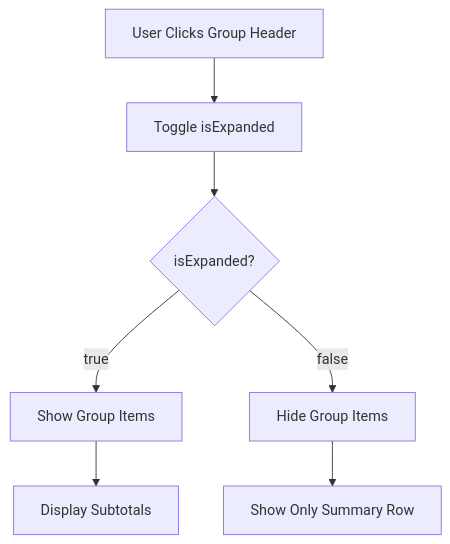
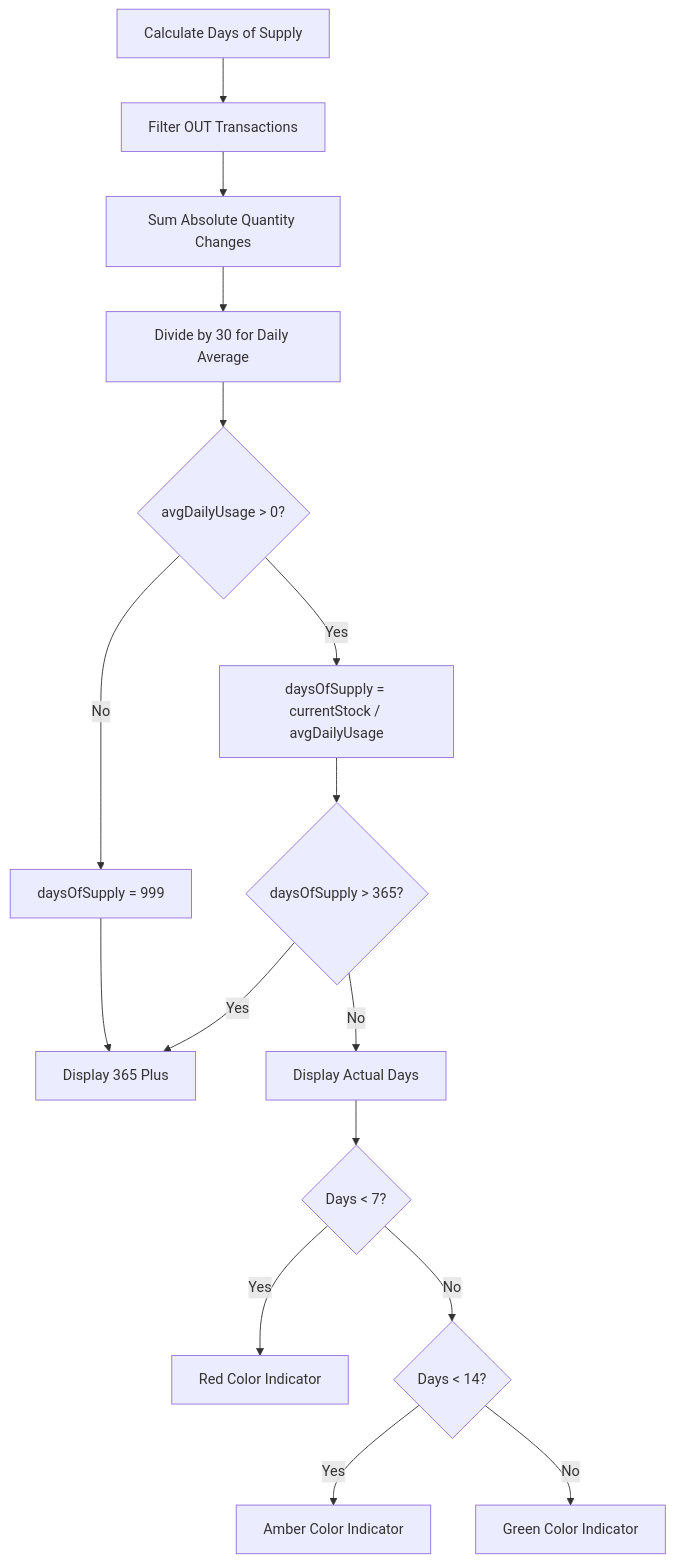
One commit to PeakMNA/carmen changed the sixth of 16 diagrams in docs/app/inventory-management/stock-overview/stock-cards/FD-stock-cards.md. Above: the diagram before and after it, drawn with Mermaid. The commit also changed other lines of this file and 473 other files, not shown here.

````diff
--- a/docs/app/inventory-management/stock-overview/stock-cards/FD-stock-cards.md
+++ b/docs/app/inventory-management/stock-overview/stock-cards/FD-stock-cards.md
@@ -107,9 +131,18 @@
 ```mermaid
 flowchart TD
-    A[User Clicks Group Header] --> B[Toggle isExpanded]
-    B --> C{isExpanded?}
-    C -->|true| D[Show Group Items]
-    C -->|false| E[Hide Group Items]
-    D --> F[Display Subtotals]
-    E --> G[Show Only Summary Row]
+    A[Calculate Days of Supply] --> B[Filter OUT Transactions]
+    B --> C[Sum Absolute Quantity Changes]
+    C --> D[Divide by 30 for Daily Average]
+    D --> E{avgDailyUsage > 0?}
+    E -->|Yes| F[daysOfSupply = currentStock / avgDailyUsage]
+    E -->|No| G[daysOfSupply = 999]
+    F --> H{daysOfSupply > 365?}
+    H -->|Yes| I[Display 365 Plus]
+    H -->|No| J[Display Actual Days]
+    G --> I
+    J --> K{Days < 7?}
+    K -->|Yes| L[Red Color Indicator]
+    K -->|No| M{Days < 14?}
+    M -->|Yes| N[Amber Color Indicator]
+    M -->|No| O[Green Color Indicator]
 ```
````
